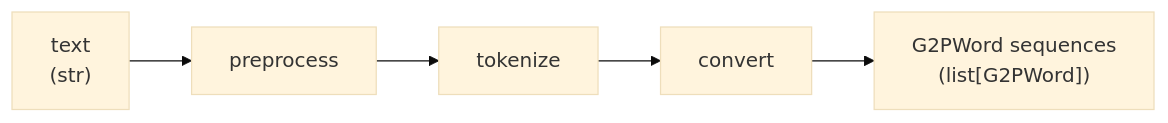
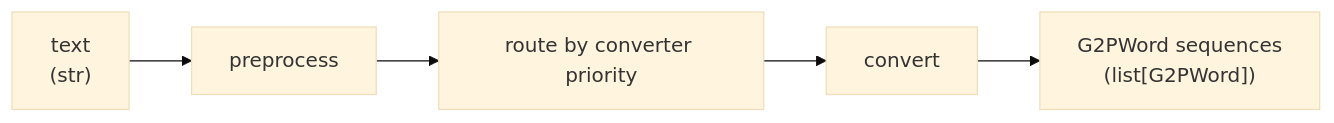
Before and after one commit to Xiantaidu/TIFA: the diagram in docs/G2P.md, drawn with Mermaid (base theme). The commit also changed other lines of this file and 19 other files, not shown here.

````diff
--- a/docs/G2P.md
+++ b/docs/G2P.md
@@ -7,7 +7,7 @@
 ```mermaid
 flowchart LR
     Text["text<br/>(str)"] --> PP[preprocess]
-    PP --> Tok[tokenize]
-    Tok --> Conv[convert]
+    PP --> Route[route by converter priority]
+    Route --> Conv[convert]
     Conv --> Ph["G2PWord sequences<br/>(list[G2PWord])"]
 ```
````
